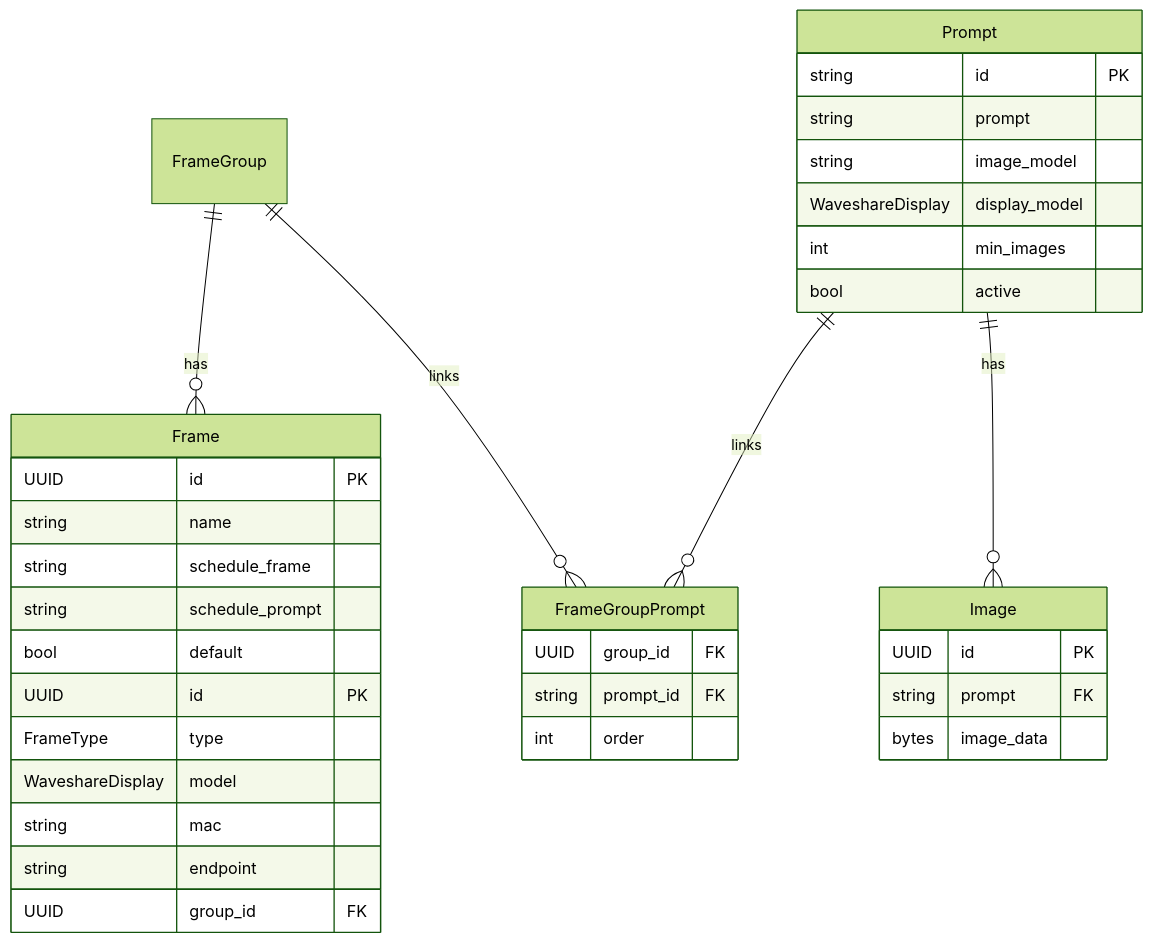
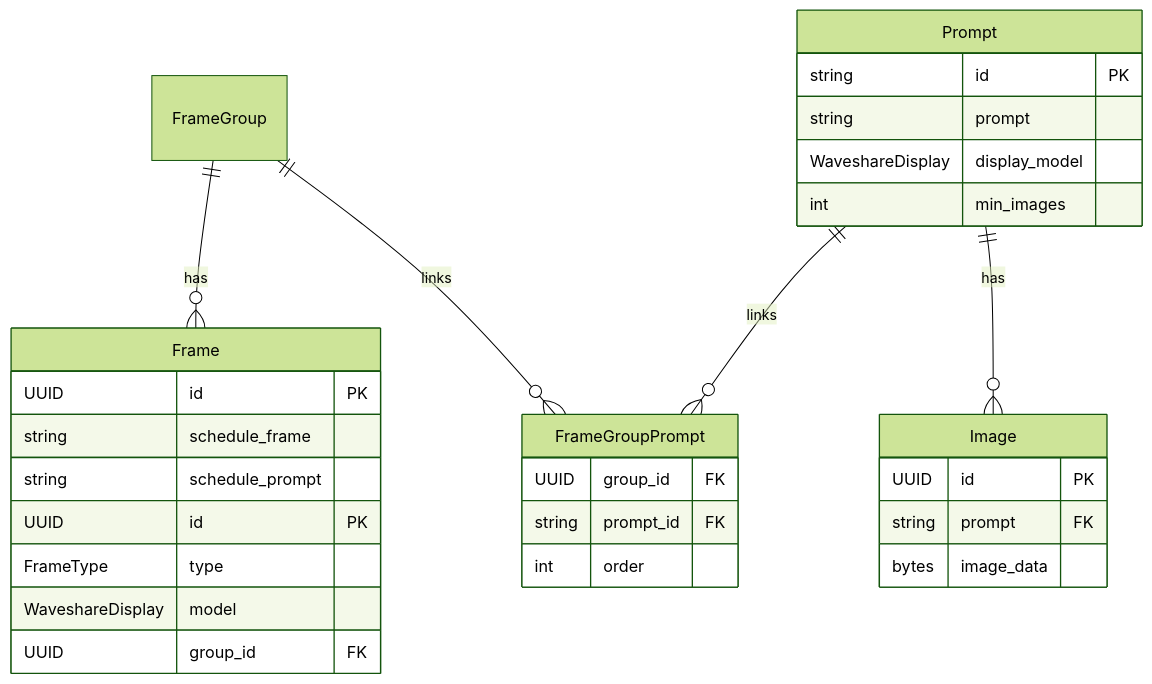
Before and after one commit to charnley/eink-art-gallery: the diagram in services/canvas_coordinator/readme.md, drawn with Mermaid (forest theme).

````diff
--- a/services/canvas_coordinator/readme.md
+++ b/services/canvas_coordinator/readme.md
@@ -6,46 +6,40 @@
 ```mermaid
 erDiagram
     FrameGroup ||--o{ Frame : "has"
     FrameGroup ||--o{ FrameGroupPrompt : "links"
     Prompt ||--o{ FrameGroupPrompt : "links"
     Prompt ||--o{ Image : "has"
 
     Frame {
         UUID id PK
-        string name
         string schedule_frame
         string schedule_prompt
-        bool default
     }
 
     FrameGroupPrompt {
         UUID group_id FK
         string prompt_id FK
         int order
     }
 
     Frame {
         UUID id PK
         FrameType type
         WaveshareDisplay model
-        string mac
-        string endpoint
         UUID group_id FK
     }
 
     Prompt {
         string id PK
         string prompt
-        string image_model
         WaveshareDisplay display_model
         int min_images
-        bool active
     }
 
     Image {
         UUID id PK
         string prompt FK
         bytes image_data
     }
 
 ```
````
